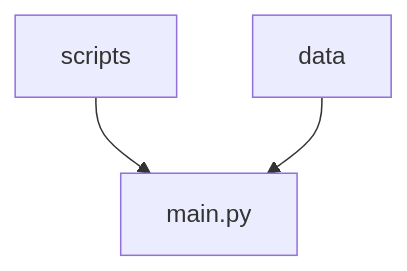
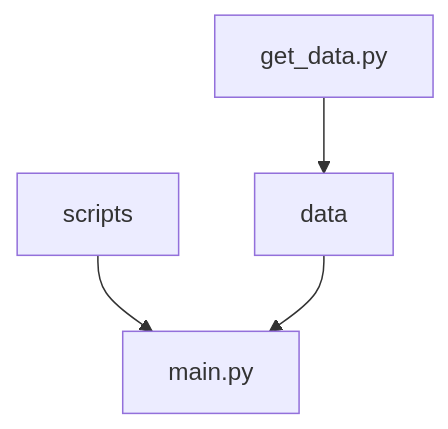
One commit to lombarma/ProjetE3FIAccidentsMortels changed the diagram in README.md. Above: the diagram before and after it, drawn with Mermaid.

````diff
--- a/README.md
+++ b/README.md
@@ -3,5 +3,6 @@
 ```mermaid
 graph TD
 A[scripts] --> B[main.py]
 C[data] --> B
+D[get_data.py] --> C
 ```
````
